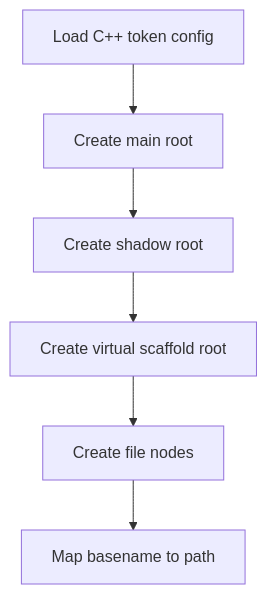
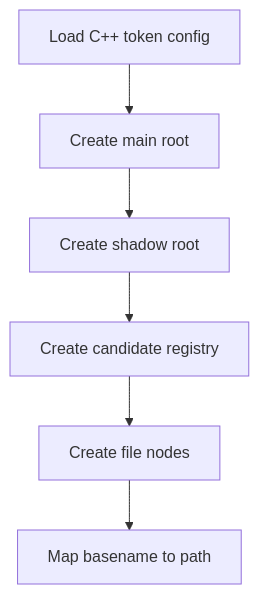
Before and after one commit to JohnAndrewBalbarosa/NeoTerritory: the fourth of 9 diagrams in docs/Codebase/Microservice/Modules/Source/Trees/ClassGeneration/Actual/core.cpp.md, drawn with Mermaid. The commit also changed other lines of this file and 717 other files, not shown here.

````diff
--- a/docs/Codebase/Microservice/Modules/Source/Trees/ClassGeneration/Actual/core.cpp.md
+++ b/docs/Codebase/Microservice/Modules/Source/Trees/ClassGeneration/Actual/core.cpp.md
@@ -70,10 +70,10 @@
 ```mermaid
 flowchart TD
     N0["Load C++ token config"]
     N1["Create main root"]
     N2["Create shadow root"]
-    N3["Create virtual scaffold root"]
+    N3["Create candidate registry"]
     N4["Create file nodes"]
     N5["Map basename to path"]
     N0 --> N1 --> N2 --> N3 --> N4 --> N5
 ```
````
